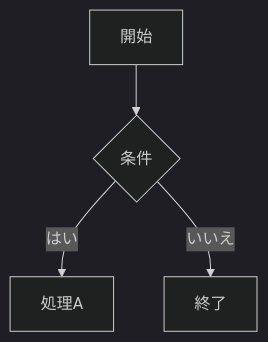
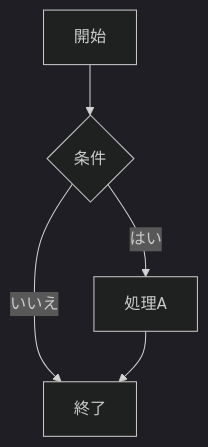
Before and after one commit to Hashi-Kazu/vscode-mermaid-visual-editor: the diagram in sample/project.md, drawn with Mermaid (dark theme). The commit also changed 14 other files, not shown here.

````diff
--- a/sample/project.md
+++ b/sample/project.md
@@ -1,6 +1,7 @@
 ```mermaid
 flowchart TD
     A[開始] --> B{条件}
     B -->|はい| C[処理A]
     B -->|いいえ| D[終了]
+    C --> D
 ```
````
